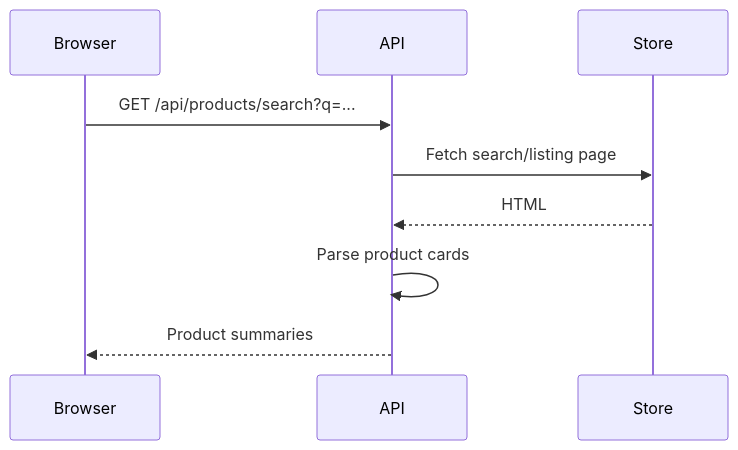
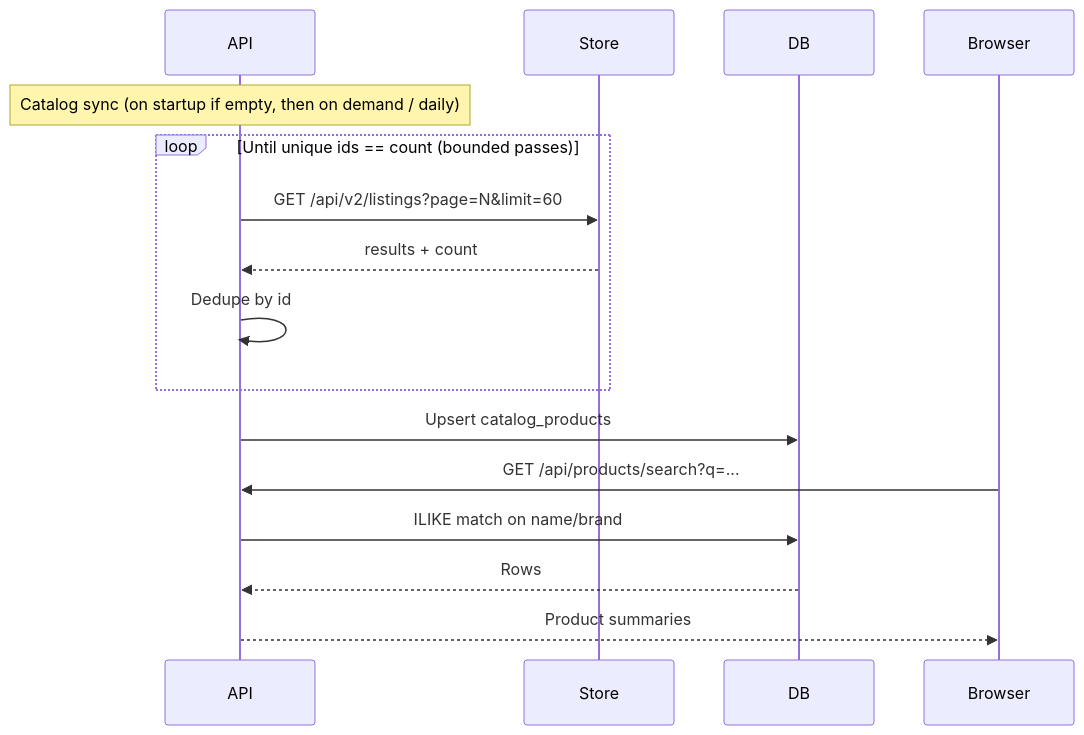
The second of 4 diagrams in docs/architecture.md (bipul724/price-tracker), drawn with Mermaid before and after one commit. The commit also changed other lines of this file and 8 other files, not shown here.

````diff
--- a/docs/architecture.md
+++ b/docs/architecture.md
@@ -46,12 +48,20 @@
 ```mermaid
 sequenceDiagram
-    participant Browser
     participant API
     participant Store
+    participant DB
 
+    Note over API: Catalog sync (on startup if empty, then on demand / daily)
+    loop Until unique ids == count (bounded passes)
+        API->>Store: GET /api/v2/listings?page=N&limit=60
+        Store-->>API: results + count
+        API->>API: Dedupe by id
+    end
+    API->>DB: Upsert catalog_products
+
+    participant Browser
     Browser->>API: GET /api/products/search?q=...
-    API->>Store: Fetch search/listing page
-    Store-->>API: HTML
-    API->>API: Parse product cards
+    API->>DB: ILIKE match on name/brand
+    DB-->>API: Rows
     API-->>Browser: Product summaries
 ```
````
